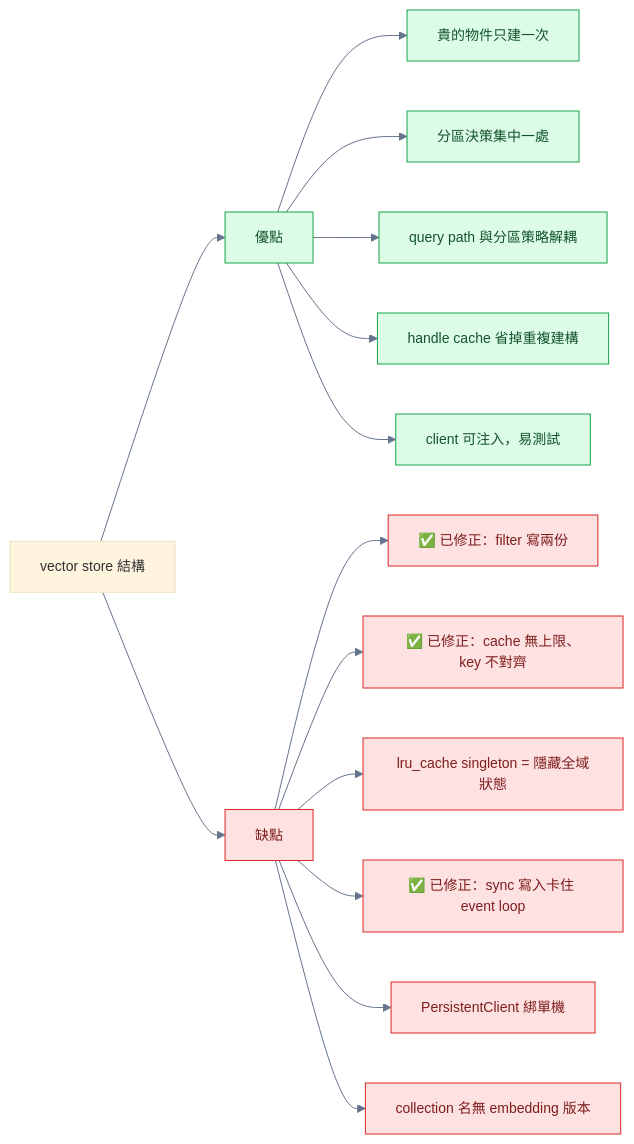
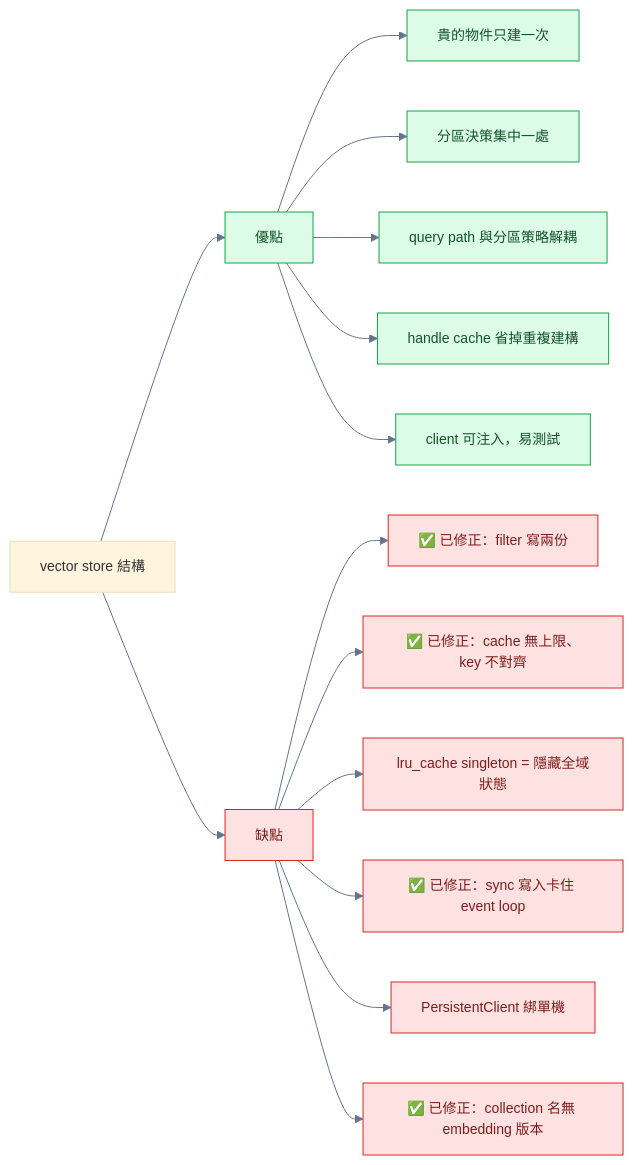
One commit to jltz1207/LoginFastapi changed the fifth of 9 diagrams in docs/vectorstore/vectorstore-retriever-structure-20261009.md. Above: the diagram before and after it, drawn with Mermaid. The commit also changed other lines of this file and 7 other files, not shown here.

First line of the commit message:
refactor vector store: add embedding version to collection names (Phase 5)

````diff
--- a/docs/vectorstore/vectorstore-retriever-structure-20261009.md
+++ b/docs/vectorstore/vectorstore-retriever-structure-20261009.md
@@ -178,23 +178,23 @@
 ```mermaid
 %%{init: {'theme': 'base', 'themeVariables': {'fontSize': '14px', 'lineColor': '#64748b'}}}%%
 flowchart LR
     S["vector store 結構"]
     S --> P["優點"]
     S --> C["缺點"]
     P --> P1["貴的物件只建一次"]
     P --> P2["分區決策集中一處"]
     P --> P3["query path 與分區策略解耦"]
     P --> P4["handle cache 省掉重複建構"]
     P --> P5["client 可注入，易測試"]
     C --> C1["✅ 已修正：filter 寫兩份"]
     C --> C2["✅ 已修正：cache 無上限、key 不對齊"]
     C --> C3["lru_cache singleton = 隱藏全域狀態"]
     C --> C4["✅ 已修正：sync 寫入卡住 event loop"]
     C --> C5["PersistentClient 綁單機"]
-    C --> C6["collection 名無 embedding 版本"]
+    C --> C6["✅ 已修正：collection 名無 embedding 版本"]
 
     classDef pro fill:#dcfce7,stroke:#16a34a,color:#14532d
     classDef con fill:#fee2e2,stroke:#dc2626,color:#7f1d1d
     class P,P1,P2,P3,P4,P5 pro
     class C,C1,C2,C3,C4,C5,C6 con
 ```
````
